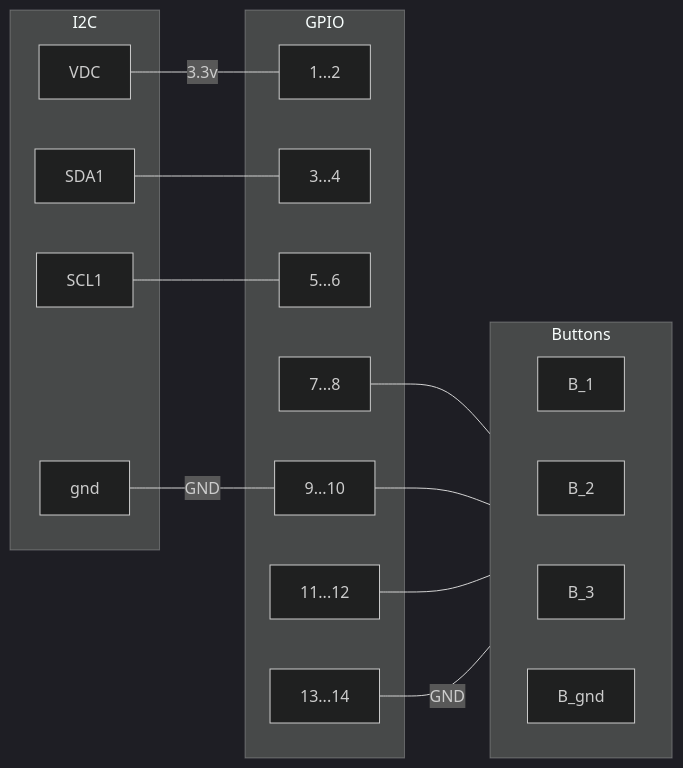
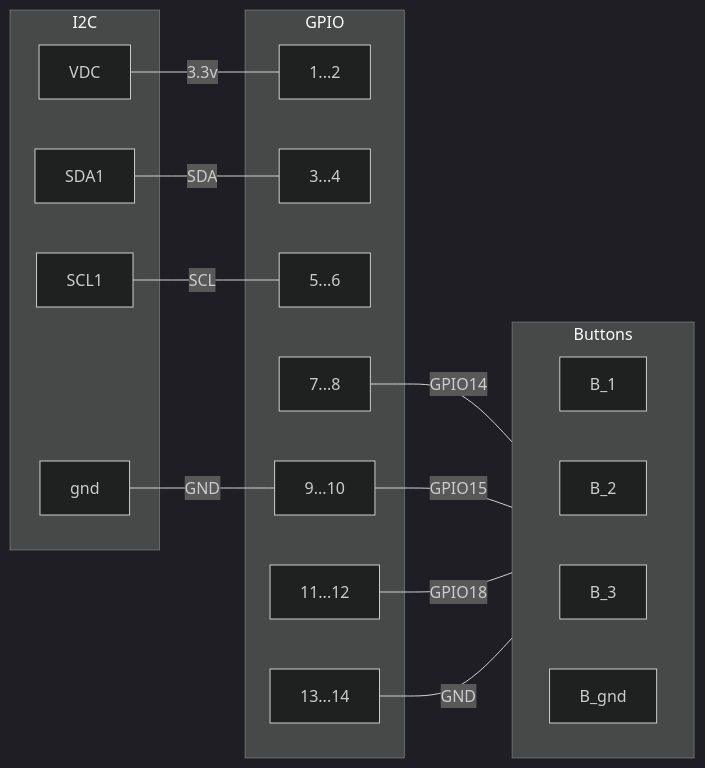
Before and after one commit to andreabenini/scout: the diagram in hardware/README.md, drawn with Mermaid (dark theme).

Commit message:
GPIO pinout review

````diff
--- a/hardware/README.md
+++ b/hardware/README.md
@@ -2,33 +2,33 @@
 ```mermaid
 flowchart LR
-    VDC  ---|3.3v| 1...2
-    SDA1 ---       3...4
-    SCL1 ---       5...6
-                   7...8  --- B_1
-    gnd  ---|GND | 9...10 --- B_2
-                  11...12 --- B_3
-                  13...14 ---|GND| B_gnd
+    VDC  ---|3.3v | 1...2
+    SDA1 ---|SDA  | 3...4
+    SCL1 ---|SCL  | 5...6
+                    7...8  ---|GPIO14| B_1
+    gnd  ---|GND  | 9...10 ---|GPIO15| B_2
+                   11...12 ---|GPIO18| B_3
+                   13...14 ---|GND   | B_gnd
 
     subgraph GPIO
          1...2
          3...4
          5...6
          7...8
          9...10
         11...12
         13...14
     end
     subgraph I2C
         VDC
         SDA1
         SCL1
         gnd
     end
     subgraph Buttons
         direction LR
         B_1
         B_2
         B_3
         B_gnd
     end
 ```
````
